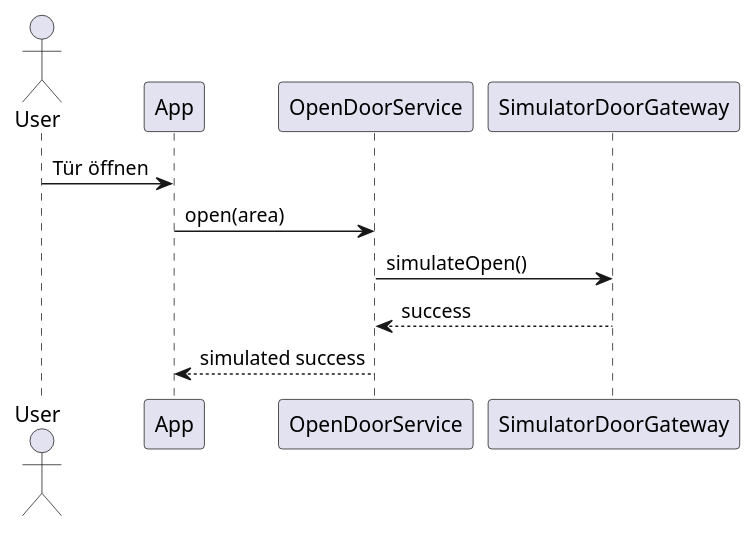
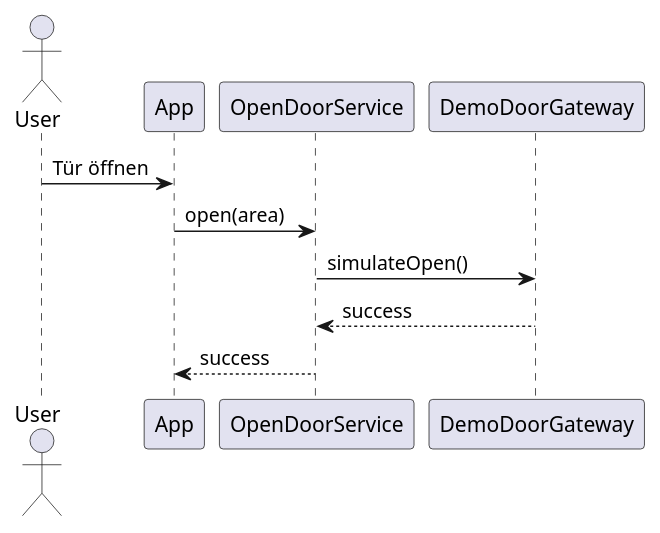
The third of 3 diagrams in docs/architecture/door-control-sequence-diagrams.md (zukunftsforum-rissen/community-offers-bundle), drawn with PlantUML before and after one commit. The commit also changed other lines of this file and 88 other files, not shown here.

````diff
--- a/docs/architecture/door-control-sequence-diagrams.md
+++ b/docs/architecture/door-control-sequence-diagrams.md
@@ -118,17 +118,17 @@
 ```plantuml
 @startuml
 actor User
 participant App
 participant OpenDoorService
-participant SimulatorDoorGateway
+participant DemoDoorGateway
 
 User -> App : Tür öffnen
 App -> OpenDoorService : open(area)
 
-OpenDoorService -> SimulatorDoorGateway : simulateOpen()
+OpenDoorService -> DemoDoorGateway : simulateOpen()
 
-SimulatorDoorGateway --> OpenDoorService : success
+DemoDoorGateway --> OpenDoorService : success
 
-OpenDoorService --> App : simulated success
+OpenDoorService --> App :  success
 @enduml
 ```
````
